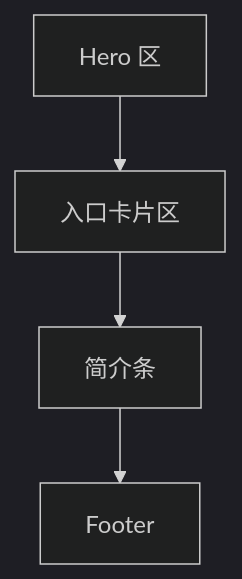
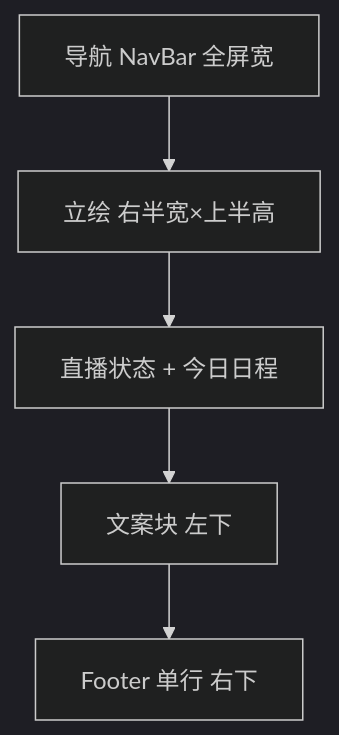
Before and after one commit to Deliay/sumire: the second of 4 diagrams in docs/design/02-page-design.md, drawn with Mermaid (dark theme). The commit also changed other lines of this file and 14 other files, not shown here.

````diff
--- a/docs/design/02-page-design.md
+++ b/docs/design/02-page-design.md
@@ -37,6 +37,7 @@
 ```mermaid
 flowchart TD
-    A[Hero 区] --> B[入口卡片区]
-    B --> C[简介条]
-    C --> D[Footer]
+    A[导航 NavBar 全屏宽] --> B[立绘 右半宽×上半高]
+    B --> C[直播状态 + 今日日程]
+    C --> D[文案块 左下]
+    D --> E[Footer 单行 右下]
 ```
````
